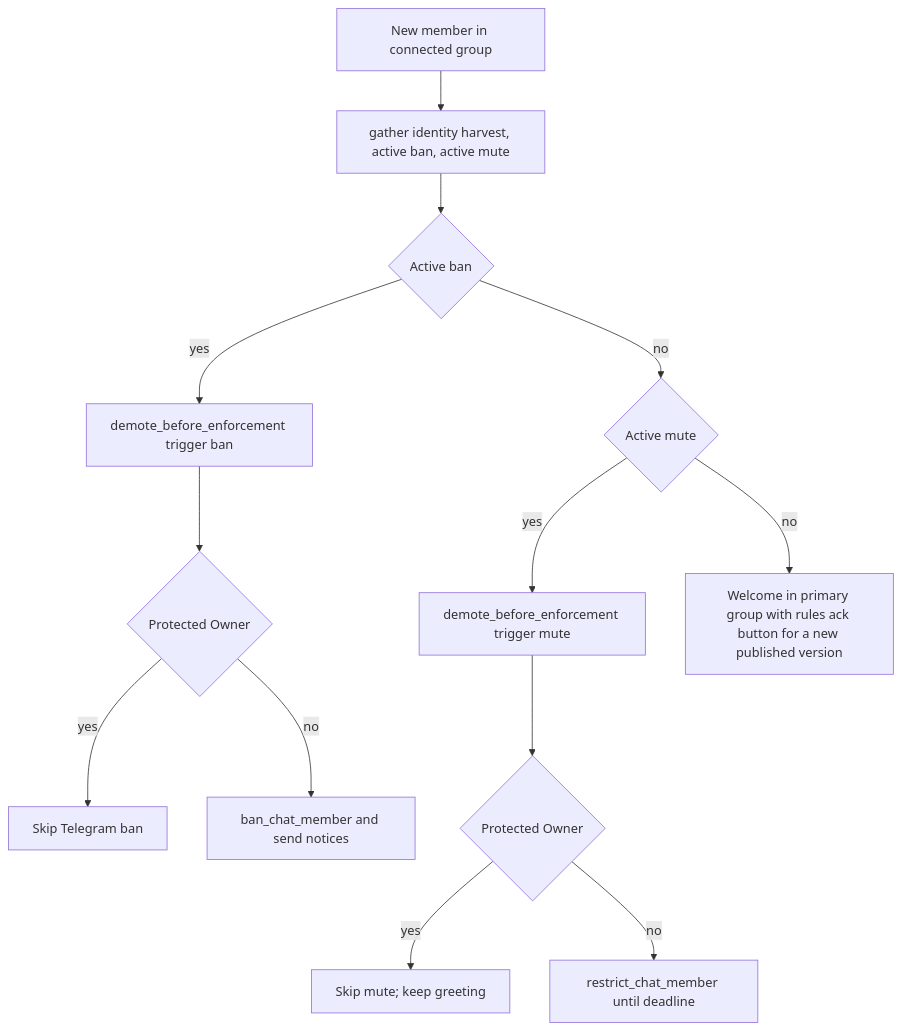
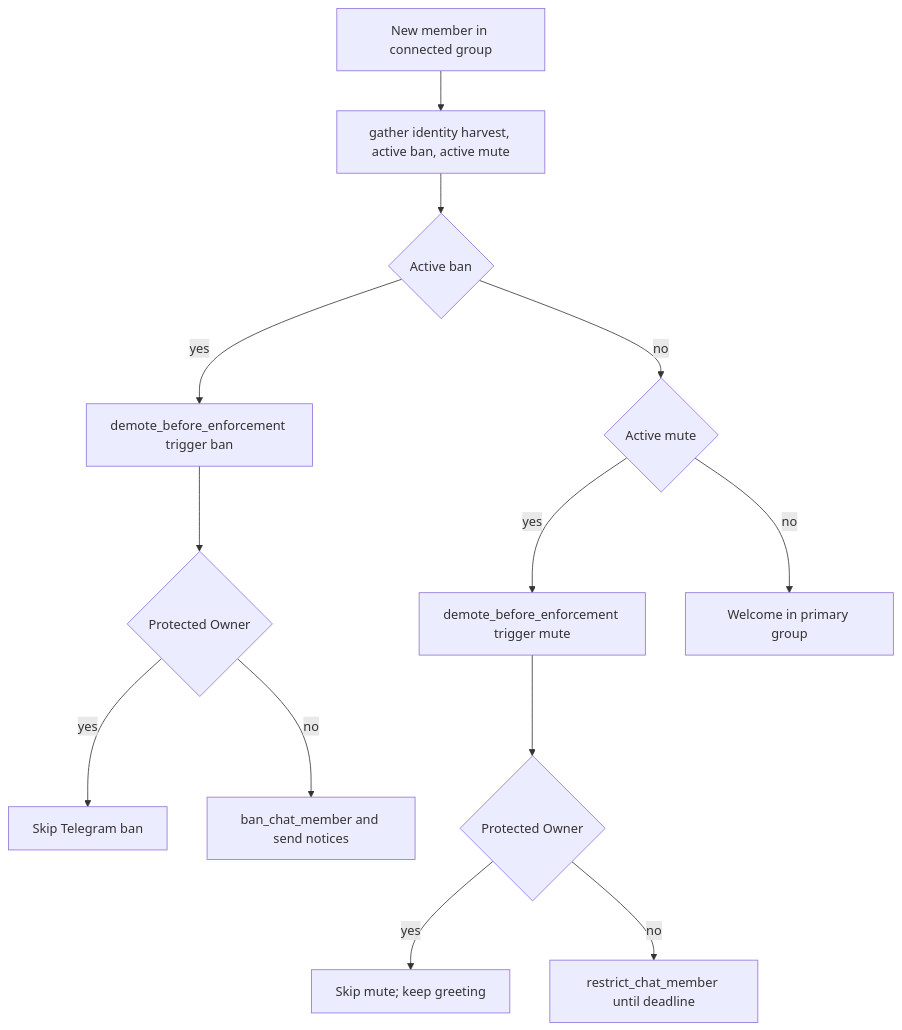
One commit to D1ZZY4/tcbot changed the fourth of 5 diagrams in docs/flows/connection.md. Above: the diagram before and after it, drawn with Mermaid. The commit also changed 62 other files, not shown here.

````diff
--- a/docs/flows/connection.md
+++ b/docs/flows/connection.md
@@ -169,15 +169,15 @@
 ```mermaid
 flowchart TD
     N[New member in connected group] --> I["gather identity harvest, active ban, active mute"]
     I --> B{Active ban}
     B -->|yes| D1[demote_before_enforcement trigger ban]
     D1 --> OWN1{Protected Owner}
     OWN1 -->|yes| SKIP1[Skip Telegram ban]
     OWN1 -->|no| BAN[ban_chat_member and send notices]
     B -->|no| M{Active mute}
     M -->|yes| D2[demote_before_enforcement trigger mute]
     D2 --> OWN2{Protected Owner}
     OWN2 -->|yes| SKIP2[Skip mute; keep greeting]
     OWN2 -->|no| REST[restrict_chat_member until deadline]
-    M -->|no| W[Welcome in primary group with rules ack button for a new published version]
+    M -->|no| W[Welcome in primary group]
 ```
````
